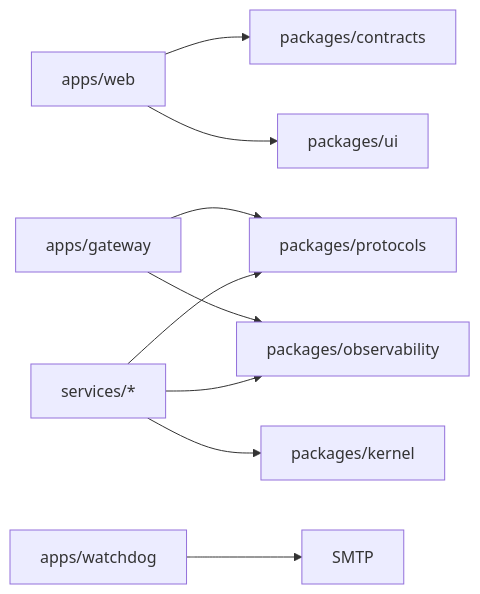
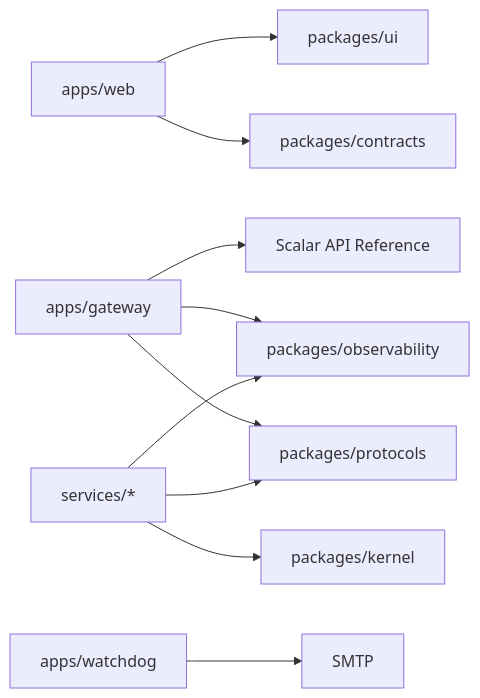
The second of 8 diagrams in docs/architecture.md (r4ai/news-podcast), drawn with Mermaid before and after one commit. The commit also changed other lines of this file and 8 other files, not shown here.

Commit message:
feat(gateway): serve Scalar API reference

````diff
--- a/docs/architecture.md
+++ b/docs/architecture.md
@@ -83,11 +83,12 @@
 ```mermaid
 flowchart LR
   Web["apps/web"] --> Contracts["packages/contracts"]
   Web --> UI["packages/ui"]
   Gateway["apps/gateway"] --> Protocols["packages/protocols"]
   Gateway --> Observability["packages/observability"]
+  Gateway --> Scalar["Scalar API Reference"]
   Services["services/*"] --> Protocols
   Services --> Kernel["packages/kernel"]
   Services --> Observability
   Watchdog["apps/watchdog"] --> SMTP["SMTP"]
 ```
````
